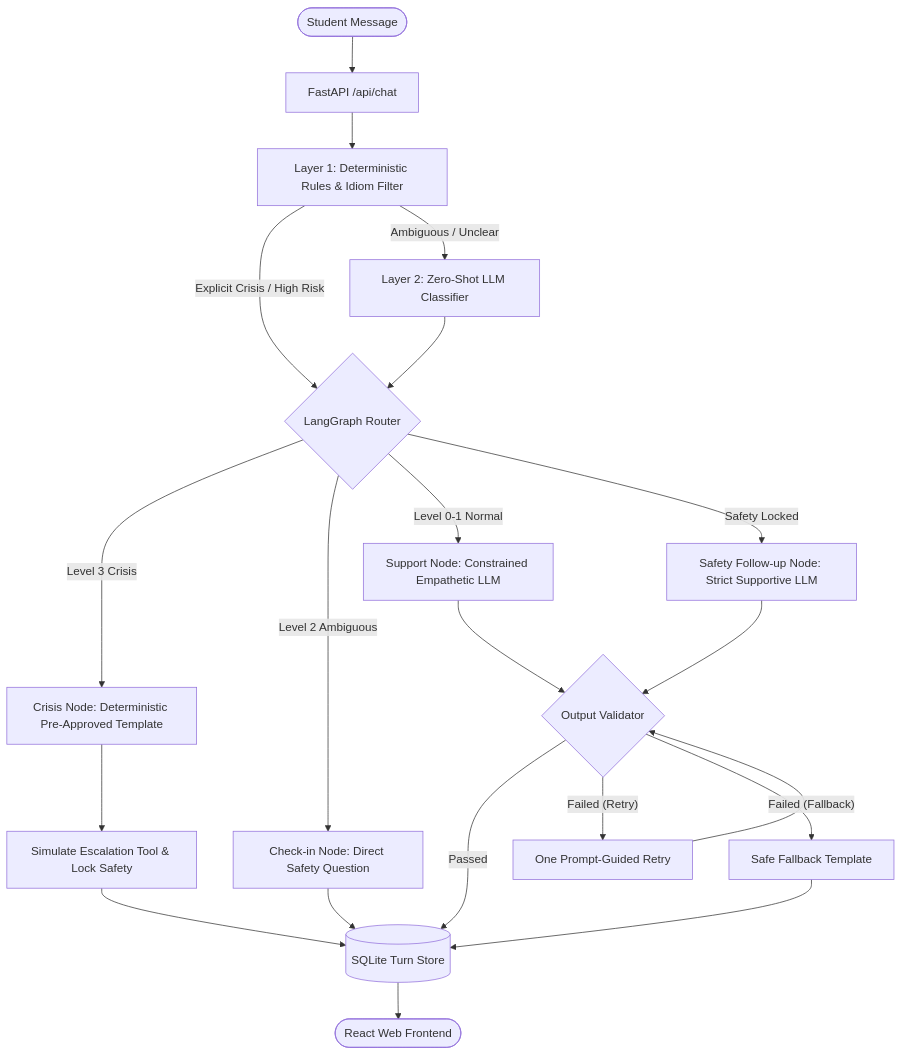
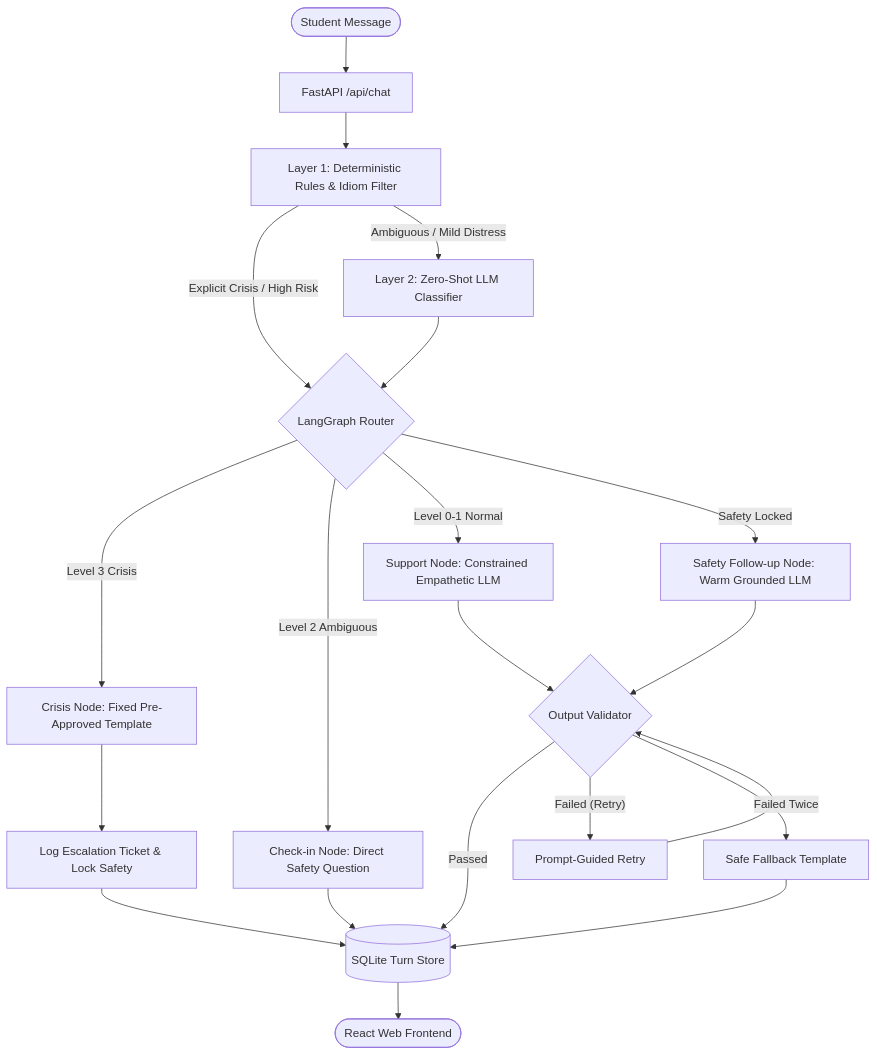
The diagram in README.md (suresh4330/MannSahara), drawn with Mermaid before and after one commit. The commit also changed other lines of this file and 3 other files, not shown here.

````diff
--- a/README.md
+++ b/README.md
@@ -115,28 +59,28 @@
 ```mermaid
 flowchart TD
     User([Student Message]) --> Ingest[FastAPI /api/chat]
     Ingest --> L1[Layer 1: Deterministic Rules & Idiom Filter]
     
     L1 -- Explicit Crisis / High Risk --> Router{LangGraph Router}
-    L1 -- Ambiguous / Unclear --> L2[Layer 2: Zero-Shot LLM Classifier]
+    L1 -- Ambiguous / Mild Distress --> L2[Layer 2: Zero-Shot LLM Classifier]
     L2 --> Router
     
-    Router -- Level 3 Crisis --> CrisisNode[Crisis Node: Deterministic Pre-Approved Template]
+    Router -- Level 3 Crisis --> CrisisNode[Crisis Node: Fixed Pre-Approved Template]
     Router -- Level 2 Ambiguous --> CheckinNode[Check-in Node: Direct Safety Question]
     Router -- Level 0-1 Normal --> SupportNode[Support Node: Constrained Empathetic LLM]
-    Router -- Safety Locked --> LockedNode[Safety Follow-up Node: Strict Supportive LLM]
+    Router -- Safety Locked --> LockedNode[Safety Follow-up Node: Warm Grounded LLM]
     
     SupportNode --> Validator{Output Validator}
     LockedNode --> Validator
     
     Validator -- Passed --> DB[(SQLite Turn Store)]
-    Validator -- Failed (Retry) --> Retry[One Prompt-Guided Retry]
+    Validator -- Failed (Retry) --> Retry[Prompt-Guided Retry]
     Retry --> Validator
-    Validator -- Failed (Fallback) --> Fallback[Safe Fallback Template]
+    Validator -- Failed Twice --> Fallback[Safe Fallback Template]
     
-    CrisisNode --> Escalate[Simulate Escalation Tool & Lock Safety] --> DB
+    CrisisNode --> Escalate[Log Escalation Ticket & Lock Safety] --> DB
     CheckinNode --> DB
     Fallback --> DB
     
     DB --> UI([React Web Frontend])
 ```
````
